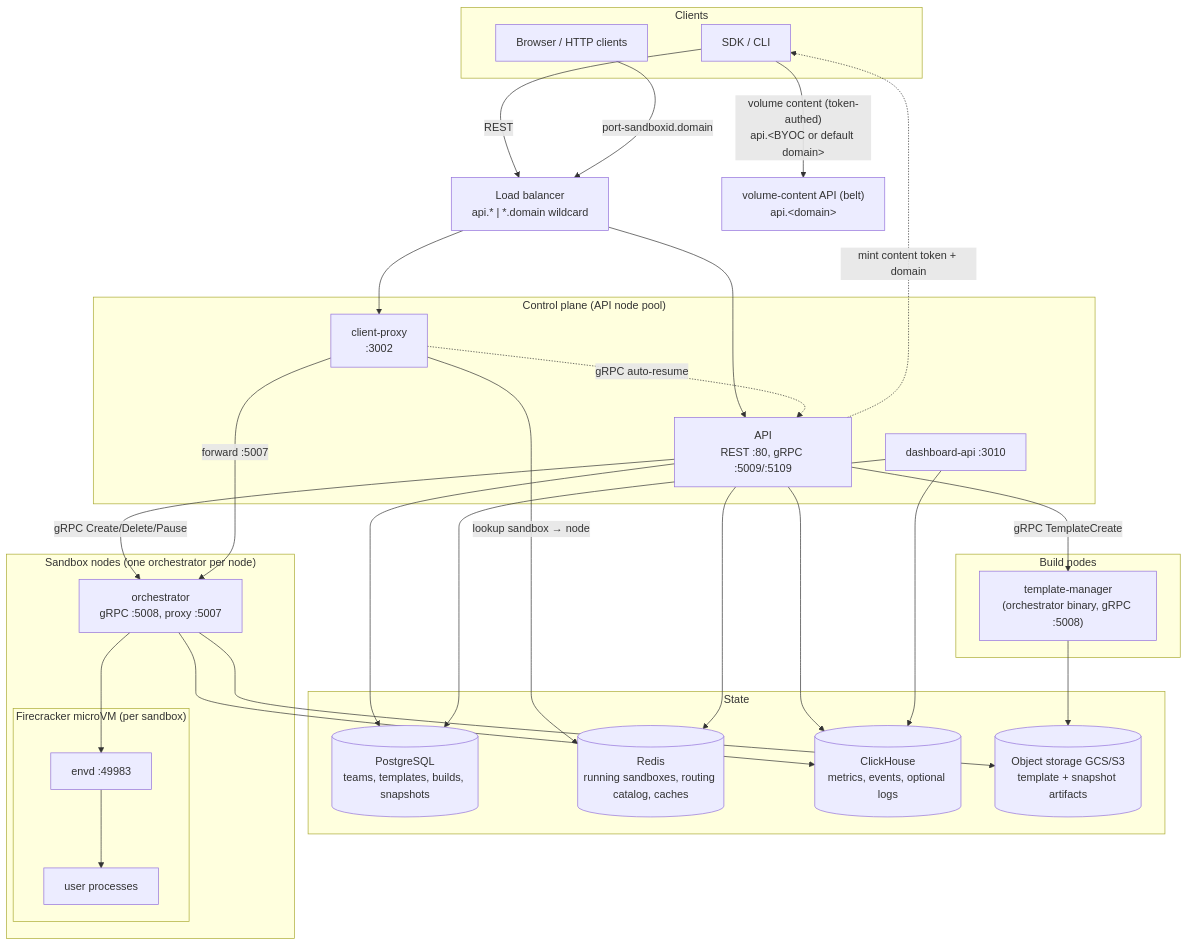
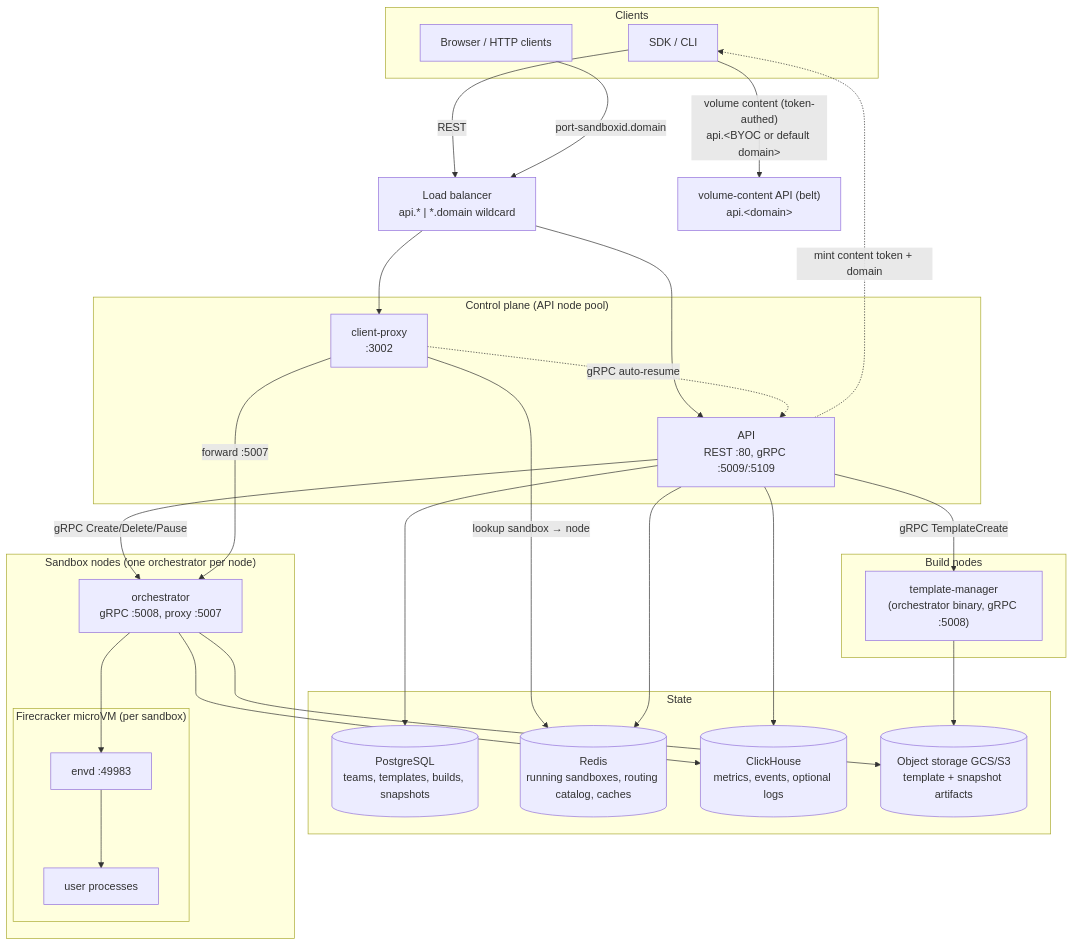
The first of 6 diagrams in docs/ARCHITECTURE.md (e2b-dev/runtime), drawn with Mermaid before and after one commit. The commit also changed other lines of this file and 27 other files, not shown here.

Commit message:
chore: remove the dashboard-api package

````diff
--- a/docs/ARCHITECTURE.md
+++ b/docs/ARCHITECTURE.md
@@ -33,52 +33,50 @@
 ```mermaid
 flowchart TB
     subgraph clients["Clients"]
         SDK["SDK / CLI"]
         Browser["Browser / HTTP clients"]
     end
 
     LB["Load balancer<br/>api.* | *.domain wildcard"]
 
     VC["volume-content API (belt)<br/>api.&lt;domain&gt;"]
 
     subgraph controlplane["Control plane (API node pool)"]
         API["API<br/>REST :80, gRPC :5009/:5109"]
-        DashAPI["dashboard-api :3010"]
         CP["client-proxy<br/>:3002"]
     end
 
     subgraph datastores["State"]
         PG[("PostgreSQL<br/>teams, templates, builds, snapshots")]
         RD[("Redis<br/>running sandboxes, routing catalog, caches")]
         CH[("ClickHouse<br/>metrics, events, optional logs")]
         OS[("Object storage GCS/S3<br/>template + snapshot artifacts")]
     end
 
     subgraph clientnode["Sandbox nodes (one orchestrator per node)"]
         ORCH["orchestrator<br/>gRPC :5008, proxy :5007"]
         subgraph vm["Firecracker microVM (per sandbox)"]
             ENVD["envd :49983"]
             USERPROC["user processes"]
         end
     end
 
     subgraph buildnode["Build nodes"]
         TM["template-manager<br/>(orchestrator binary, gRPC :5008)"]
     end
 
     SDK -->|REST| LB --> API
     Browser -->|"port-sandboxid.domain"| LB --> CP
     API -.->|"mint content token + domain"| SDK
     SDK -->|"volume content (token-authed)<br/>api.&lt;BYOC or default domain&gt;"| VC
     API -->|"gRPC Create/Delete/Pause"| ORCH
     API -->|"gRPC TemplateCreate"| TM
     CP -->|"lookup sandbox → node"| RD
     CP -->|"forward :5007"| ORCH
     CP -.->|"gRPC auto-resume"| API
     ORCH --> ENVD
     ENVD --> USERPROC
     API --> PG & RD & CH
-    DashAPI --> PG & CH
     ORCH --> OS & CH
     TM --> OS
 ```
````
